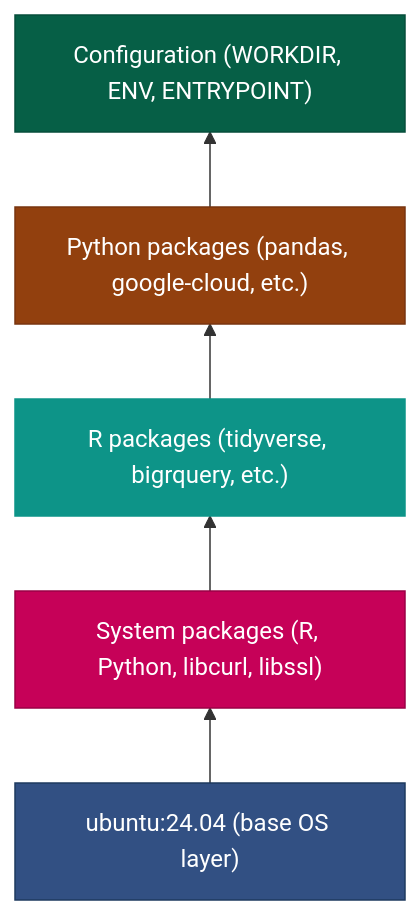
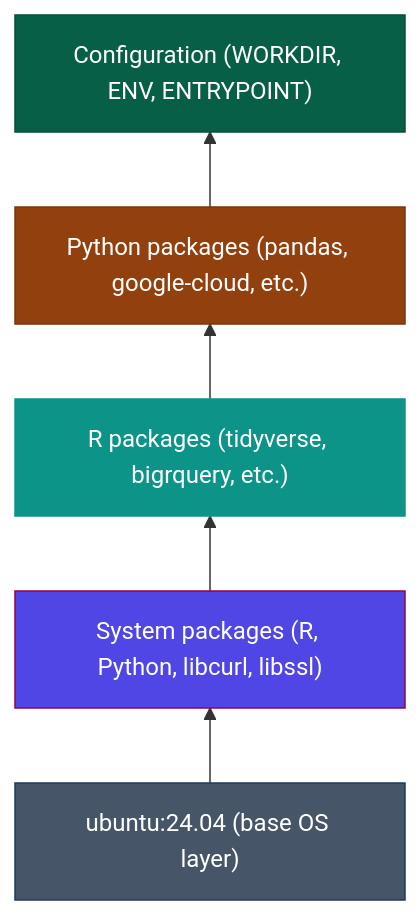
The third of 8 diagrams in docs/docker-containers.md (Ch3w3y/docker_gcp), drawn with Mermaid before and after one commit. The commit also changed other lines of this file and 12 other files, not shown here.

````diff
--- a/docs/docker-containers.md
+++ b/docs/docker-containers.md
@@ -149,16 +149,16 @@
 ```mermaid
 flowchart BT
     L1["ubuntu:24.04 (base OS layer)"]
     L2["System packages (R, Python, libcurl, libssl)"]
     L3["R packages (tidyverse, bigrquery, etc.)"]
     L4["Python packages (pandas, google-cloud, etc.)"]
     L5["Configuration (WORKDIR, ENV, ENTRYPOINT)"]
 
     L1 --> L2 --> L3 --> L4 --> L5
 
-    style L1 fill:#325083,stroke:#1e3a5f,color:#ffffff
-    style L2 fill:#c60158,stroke:#9b0146,color:#ffffff
+    style L1 fill:#475569,stroke:#1e3a5f,color:#ffffff
+    style L2 fill:#4f46e5,stroke:#9b0146,color:#ffffff
     style L3 fill:#0d9488,color:#ffffff,stroke:#0d9488
     style L4 fill:#92400e,stroke:#78350f,color:#ffffff
     style L5 fill:#065f46,stroke:#064e3b,color:#ffffff
 ```
````
